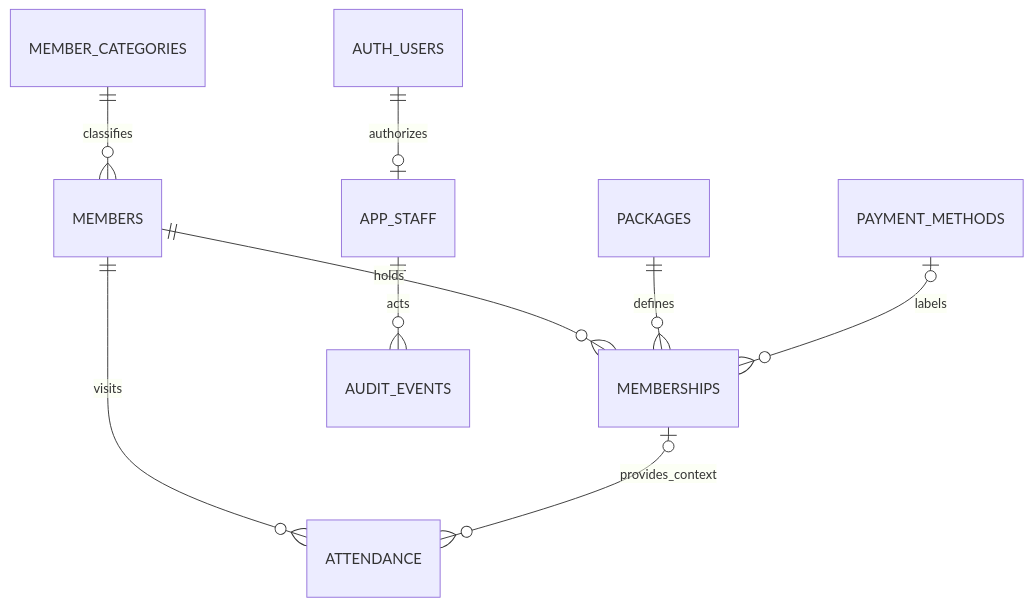
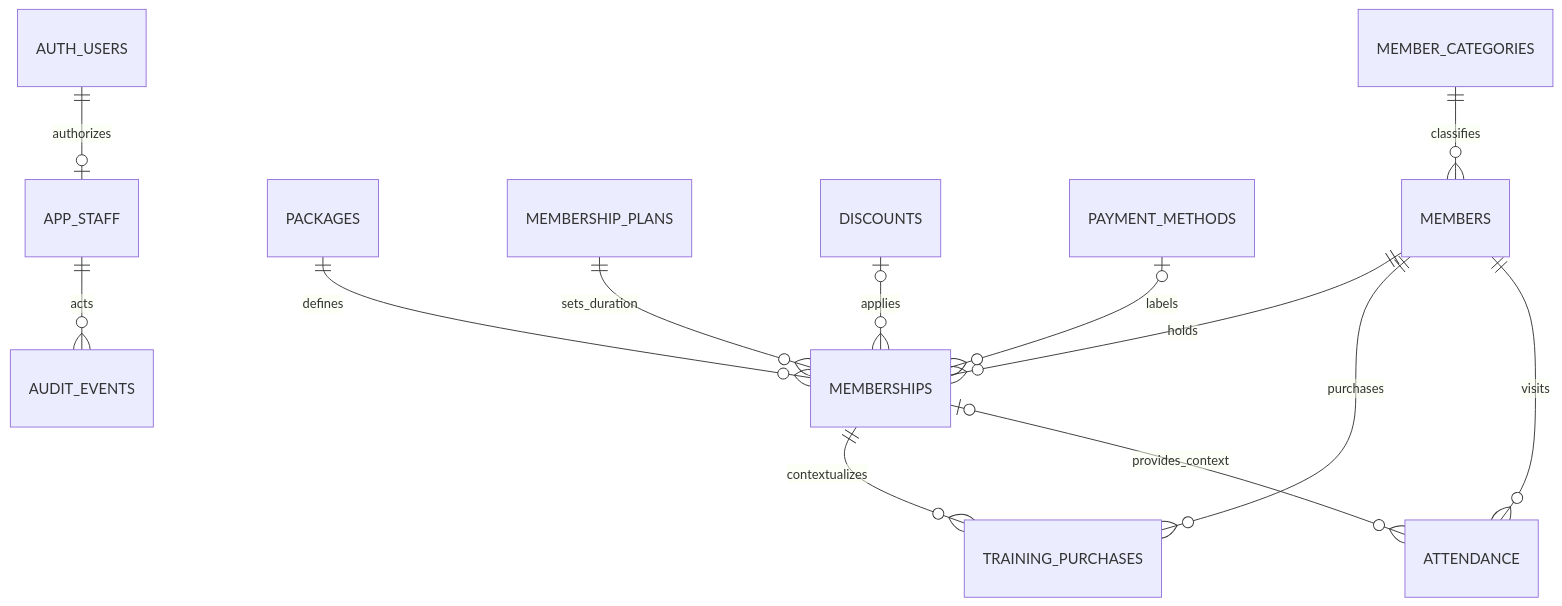
One commit to aiprojectteamupstair-cpu/GymDashboard changed the diagram in docs/DATA_MODEL.md. Above: the diagram before and after it, drawn with Mermaid. The commit also changed other lines of this file and 63 other files, not shown here.

````diff
--- a/docs/DATA_MODEL.md
+++ b/docs/DATA_MODEL.md
@@ -7,11 +9,15 @@
 ```mermaid
 erDiagram
     MEMBER_CATEGORIES ||--o{ MEMBERS : classifies
     MEMBERS ||--o{ MEMBERSHIPS : holds
     PACKAGES ||--o{ MEMBERSHIPS : defines
+    MEMBERSHIP_PLANS ||--o{ MEMBERSHIPS : sets_duration
+    DISCOUNTS o|--o{ MEMBERSHIPS : applies
+    MEMBERS ||--o{ TRAINING_PURCHASES : purchases
+    MEMBERSHIPS ||--o{ TRAINING_PURCHASES : contextualizes
     PAYMENT_METHODS o|--o{ MEMBERSHIPS : labels
     MEMBERS ||--o{ ATTENDANCE : visits
     MEMBERSHIPS o|--o{ ATTENDANCE : provides_context
     AUTH_USERS ||--o| APP_STAFF : authorizes
     APP_STAFF ||--o{ AUDIT_EVENTS : acts
 ```
````
